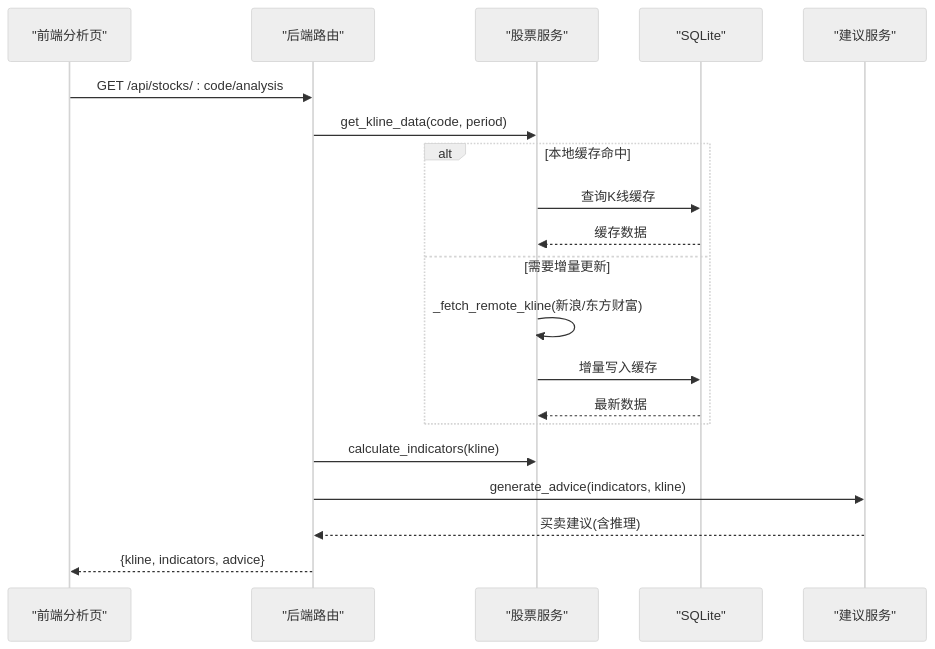
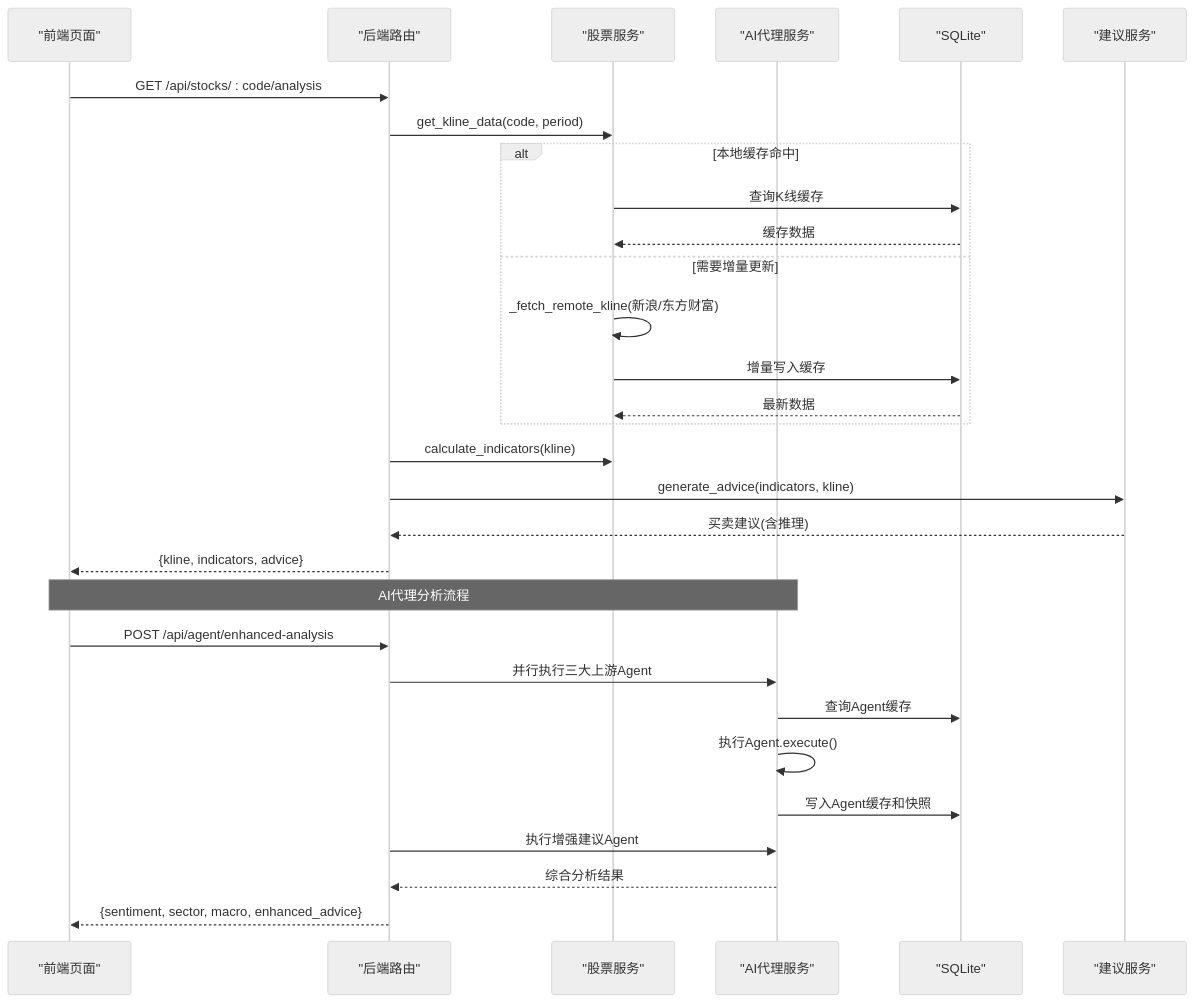
One commit to Moruime/stock_foker changed the second of 10 diagrams in .qoder/repowiki/zh/content/核心功能/技术面分析系统/技术面分析系统.md. Above: the diagram before and after it, drawn with Mermaid (neutral theme). The commit also changed other lines of this file and 52 other files, not shown here.

````diff
--- a/.qoder/repowiki/zh/content/核心功能/技术面分析系统/技术面分析系统.md
+++ b/.qoder/repowiki/zh/content/核心功能/技术面分析系统/技术面分析系统.md
@@ -203,22 +185,32 @@
 ```mermaid
 sequenceDiagram
-participant FE as "前端分析页"
+participant FE as "前端页面"
 participant API as "后端路由"
 participant SVC as "股票服务"
+PARTICIPANT AG as "AI代理服务"
 participant DB as "SQLite"
 participant AD as "建议服务"
 FE->>API : GET /api/stocks/ : code/analysis
 API->>SVC : get_kline_data(code, period)
 alt 本地缓存命中
 SVC->>DB : 查询K线缓存
 DB-->>SVC : 缓存数据
 else 需要增量更新
 SVC->>SVC : _fetch_remote_kline(新浪/东方财富)
 SVC->>DB : 增量写入缓存
 DB-->>SVC : 最新数据
 end
 API->>SVC : calculate_indicators(kline)
 API->>AD : generate_advice(indicators, kline)
 AD-->>API : 买卖建议(含推理)
 API-->>FE : {kline, indicators, advice}
+Note over FE,AG : AI代理分析流程
+FE->>API : POST /api/agent/enhanced-analysis
+API->>AG : 并行执行三大上游Agent
+AG->>DB : 查询Agent缓存
+AG->>AG : 执行Agent.execute()
+AG->>DB : 写入Agent缓存和快照
+API->>AG : 执行增强建议Agent
+AG-->>API : 综合分析结果
+API-->>FE : {sentiment, sector, macro, enhanced_advice}
 ```
````
